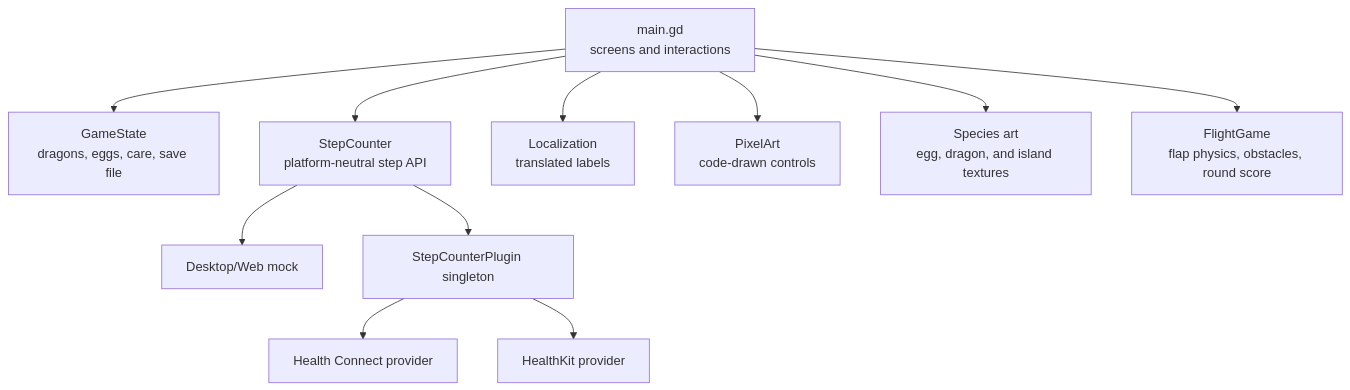
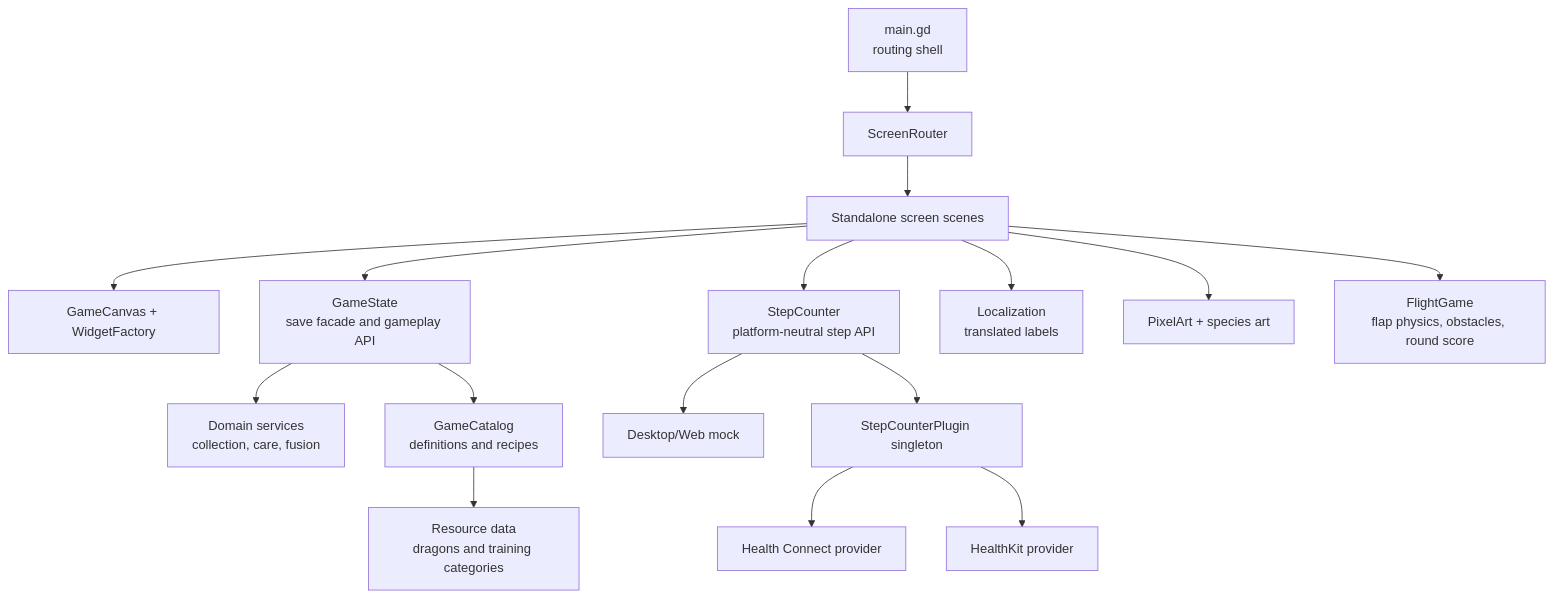
One commit to Jakob-Muel/DragosTimeToShine changed the first of 2 diagrams in docs/ARCHITECTURE.md. Above: the diagram before and after it, drawn with Mermaid. The commit also changed other lines of this file and 310 other files, not shown here.

First line of the commit message:
feat: expand elemental dragon gameplay architecture

````diff
--- a/docs/ARCHITECTURE.md
+++ b/docs/ARCHITECTURE.md
@@ -9,13 +9,18 @@
 ```mermaid
 flowchart TD
-    UI["main.gd<br/>screens and interactions"] --> State["GameState<br/>dragons, eggs, care, save file"]
-    UI --> Steps["StepCounter<br/>platform-neutral step API"]
-    UI --> I18n["Localization<br/>translated labels"]
-    UI --> Art["PixelArt<br/>code-drawn controls"]
-    UI --> SpeciesArt["Species art<br/>egg, dragon, and island textures"]
-    UI --> Flight["FlightGame<br/>flap physics, obstacles, round score"]
+    Root["main.gd<br/>routing shell"] --> Router["ScreenRouter"]
+    Router --> Screens["Standalone screen scenes"]
+    Screens --> SharedUI["GameCanvas + WidgetFactory"]
+    Screens --> State["GameState<br/>save facade and gameplay API"]
+    State --> Domain["Domain services<br/>collection, care, fusion"]
+    State --> Catalog["GameCatalog<br/>definitions and recipes"]
+    Catalog --> Data["Resource data<br/>dragons and training categories"]
+    Screens --> Steps["StepCounter<br/>platform-neutral step API"]
+    Screens --> I18n["Localization<br/>translated labels"]
+    Screens --> Art["PixelArt + species art"]
+    Screens --> Flight["FlightGame<br/>flap physics, obstacles, round score"]
     Steps --> Mock["Desktop/Web mock"]
     Steps --> Bridge["StepCounterPlugin singleton"]
     Bridge --> Android["Health Connect provider"]
     Bridge --> IOS["HealthKit provider"]
 ```
````
